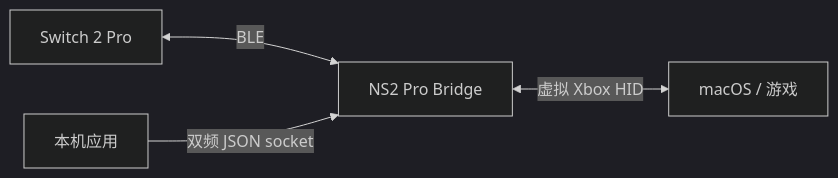
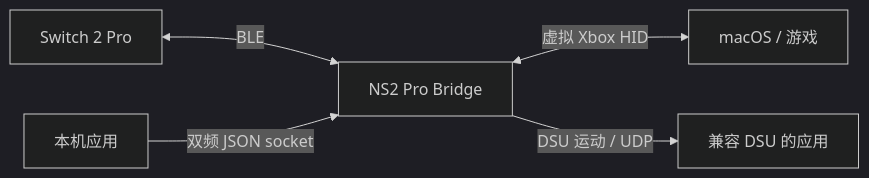
The diagram in README.zh-CN.md (DanielZhangyc/ns2pro-bridge), drawn with Mermaid (dark theme) before and after one commit. The commit also changed other lines of this file and 1 other file, not shown here.

````diff
--- a/README.zh-CN.md
+++ b/README.zh-CN.md
@@ -9,6 +11,7 @@
 ```mermaid
 flowchart LR
     Controller[Switch 2 Pro] <-->|BLE| Bridge[NS2 Pro Bridge]
     Bridge <-->|虚拟 Xbox HID| Games[macOS / 游戏]
     Client[本机应用] -->|双频 JSON socket| Bridge
+    Bridge -->|DSU 运动 / UDP| MotionClient[兼容 DSU 的应用]
 ```
````
